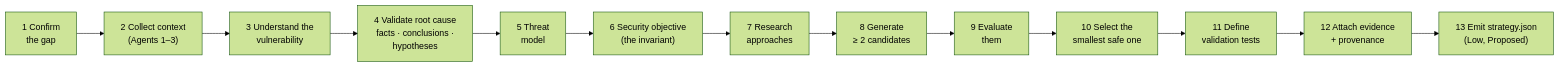
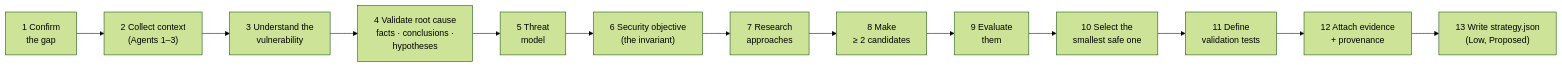
One commit to KrishnaAnnavaram/MARS changed diagram 20 of 31 in README.md. Above: the diagram before and after it, drawn with Mermaid (forest theme). The commit also changed other lines of this file and 1 other file, not shown here.

````diff
--- a/README.md
+++ b/README.md
@@ -1185,6 +1251,6 @@
 ```mermaid
 flowchart LR
     S1["1 Confirm<br/>the gap"] --> S2["2 Collect context<br/>(Agents 1–3)"] --> S3["3 Understand the<br/>vulnerability"] --> S4["4 Validate root cause<br/>facts · conclusions ·<br/>hypotheses"]
-    S4 --> S5["5 Threat<br/>model"] --> S6["6 Security objective<br/>(the invariant)"] --> S7["7 Research<br/>approaches"] --> S8["8 Generate<br/>≥ 2 candidates"]
-    S8 --> S9["9 Evaluate<br/>them"] --> S10["10 Select the<br/>smallest safe one"] --> S11["11 Define<br/>validation tests"] --> S12["12 Attach evidence<br/>+ provenance"] --> S13["13 Emit strategy.json<br/>(Low, Proposed)"]
+    S4 --> S5["5 Threat<br/>model"] --> S6["6 Security objective<br/>(the invariant)"] --> S7["7 Research<br/>approaches"] --> S8["8 Make<br/>≥ 2 candidates"]
+    S8 --> S9["9 Evaluate<br/>them"] --> S10["10 Select the<br/>smallest safe one"] --> S11["11 Define<br/>validation tests"] --> S12["12 Attach evidence<br/>+ provenance"] --> S13["13 Write strategy.json<br/>(Low, Proposed)"]
 ```
````
